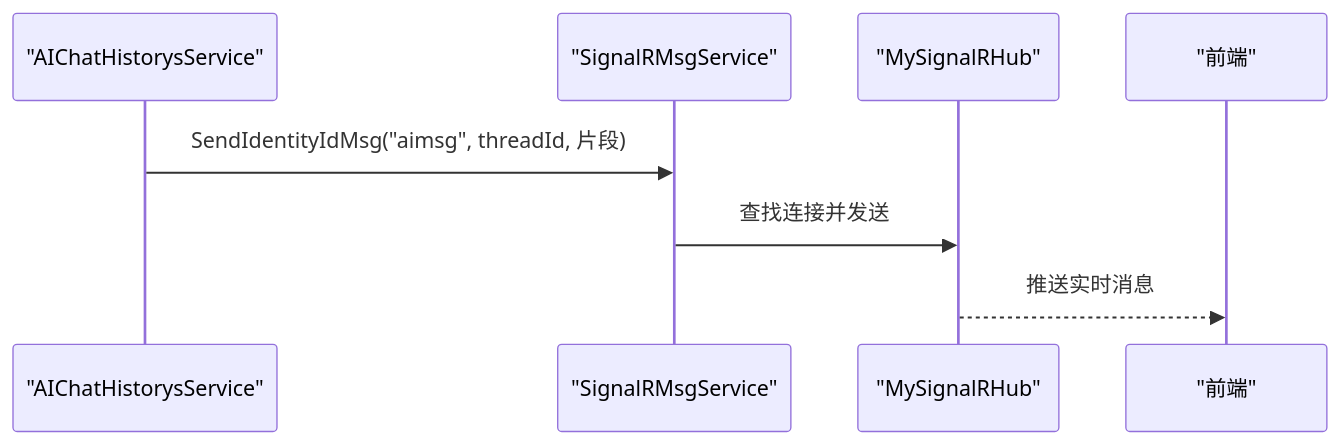
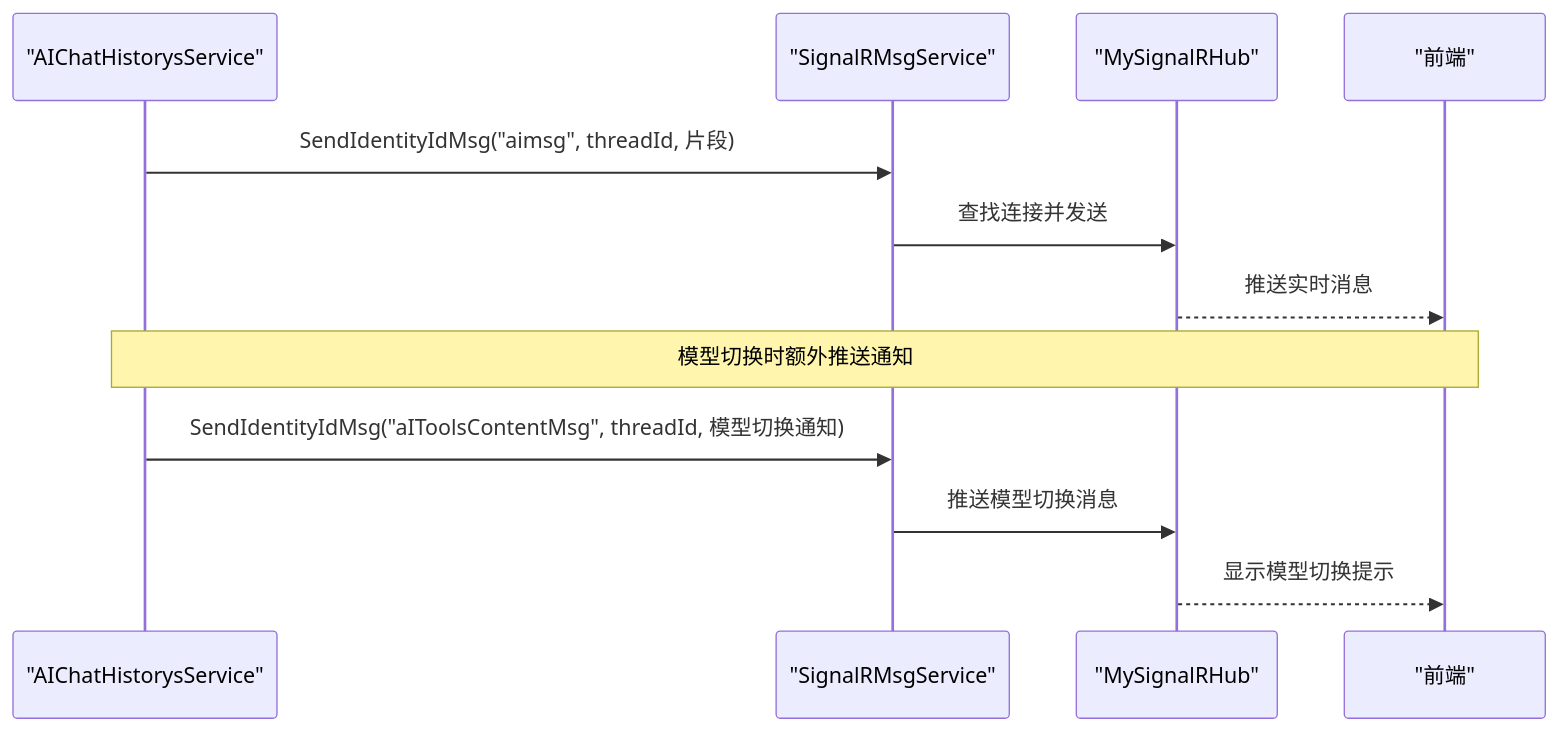
Before and after one commit to junkai-li/NetCoreKevin: the sixth of 7 diagrams in .qoder/repowiki/zh/content/核心模块/AI智能助手/聊天对话.md, drawn with Mermaid. The commit also changed other lines of this file and 7 other files, not shown here.

````diff
--- a/.qoder/repowiki/zh/content/核心模块/AI智能助手/聊天对话.md
+++ b/.qoder/repowiki/zh/content/核心模块/AI智能助手/聊天对话.md
@@ -247,10 +290,14 @@
 ```mermaid
 sequenceDiagram
 participant Svc as "AIChatHistorysService"
 participant SR as "SignalRMsgService"
 participant Hub as "MySignalRHub"
 participant FE as "前端"
 Svc->>SR : SendIdentityIdMsg("aimsg", threadId, 片段)
 SR->>Hub : 查找连接并发送
 Hub-->>FE : 推送实时消息
+Note over Svc,FE : 模型切换时额外推送通知
+Svc->>SR : SendIdentityIdMsg("aIToolsContentMsg", threadId, 模型切换通知)
+SR->>Hub : 推送模型切换消息
+Hub-->>FE : 显示模型切换提示
 ```
````
